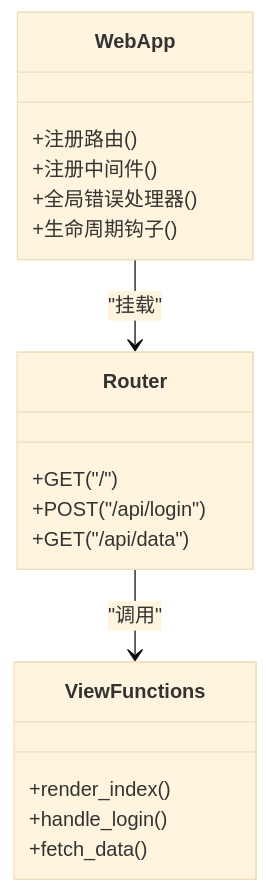
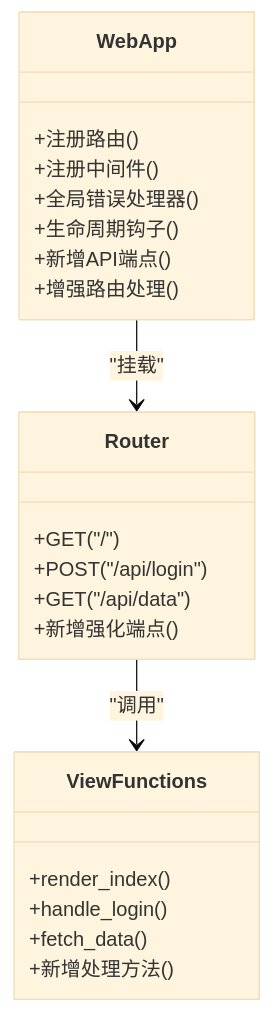
Before and after one commit to Yyyyyylor/monitor1: the third of 8 diagrams in .qoder/repowiki/zh/content/核心模块/Web界面.md, drawn with Mermaid (base theme). The commit also changed other lines of this file and 16 other files, not shown here.

````diff
--- a/.qoder/repowiki/zh/content/核心模块/Web界面.md
+++ b/.qoder/repowiki/zh/content/核心模块/Web界面.md
@@ -108,21 +121,25 @@
 ```mermaid
 classDiagram
 class WebApp {
 +注册路由()
 +注册中间件()
 +全局错误处理器()
 +生命周期钩子()
++新增API端点()
++增强路由处理()
 }
 class Router {
 +GET("/")
 +POST("/api/login")
 +GET("/api/data")
++新增强化端点()
 }
 class ViewFunctions {
 +render_index()
 +handle_login()
 +fetch_data()
++新增处理方法()
 }
 WebApp --> Router : "挂载"
 Router --> ViewFunctions : "调用"
 ```
````
